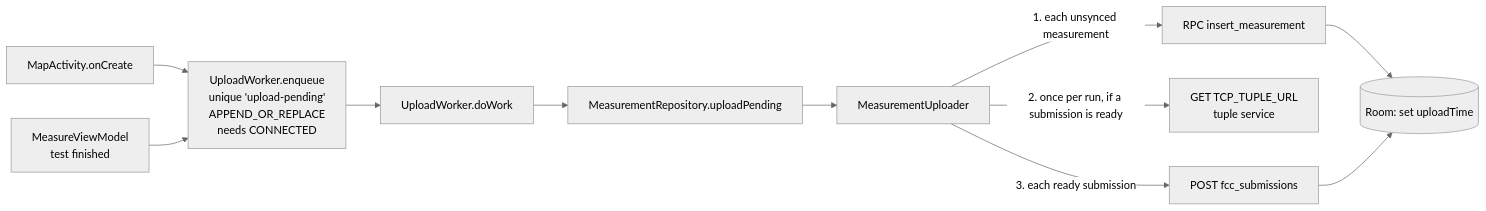
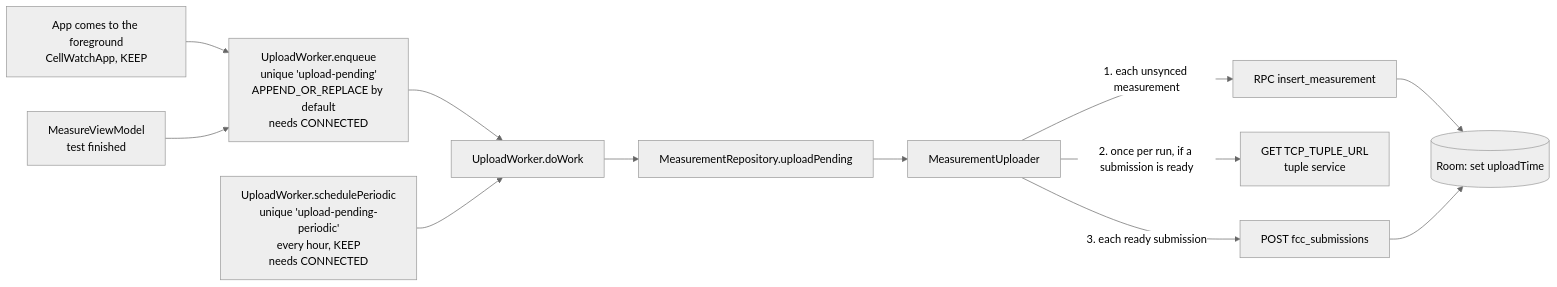
Before and after one commit to CellWatch/cellwatch-app: the diagram in docs/app/sync-and-upload.md, drawn with Mermaid (neutral theme). The commit also changed other lines of this file and 22 other files, not shown here.

````diff
--- a/docs/app/sync-and-upload.md
+++ b/docs/app/sync-and-upload.md
@@ -13,13 +13,14 @@
 ```mermaid
 flowchart LR
-    A[MapActivity.onCreate] --> E
+    A[App comes to the foreground<br/>CellWatchApp, KEEP] --> E
     B[MeasureViewModel<br/>test finished] --> E
-    E[UploadWorker.enqueue<br/>unique 'upload-pending'<br/>APPEND_OR_REPLACE<br/>needs CONNECTED] --> W[UploadWorker.doWork]
+    E[UploadWorker.enqueue<br/>unique 'upload-pending'<br/>APPEND_OR_REPLACE by default<br/>needs CONNECTED] --> W[UploadWorker.doWork]
+    P[UploadWorker.schedulePeriodic<br/>unique 'upload-pending-periodic'<br/>every hour, KEEP<br/>needs CONNECTED] --> W
     W --> R[MeasurementRepository.uploadPending]
     R --> U[MeasurementUploader]
     U -->|1. each unsynced measurement| M[RPC insert_measurement]
     U -->|2. once per run, if a submission is ready| T[GET TCP_TUPLE_URL<br/>tuple service]
     U -->|3. each ready submission| F[POST fcc_submissions]
     M --> DB[(Room: set uploadTime)]
     F --> DB
 ```
````
